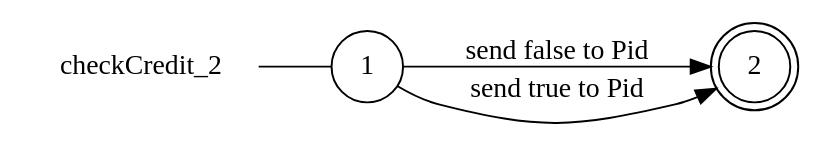
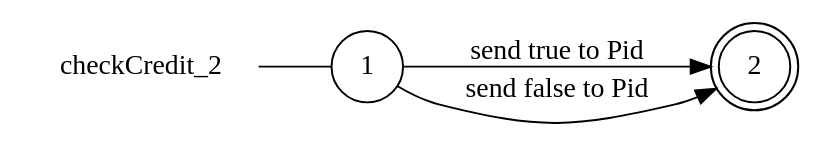
Before and after one commit to gabrielegenovese/chorer: the diagram in examples/cauder_suite/purchase/checkCredit_2_local_view.dot, drawn with Graphviz. The commit also changed other lines of this file and 6 other files, not shown here.

```diff
--- a/examples/cauder_suite/purchase/checkCredit_2_local_view.dot
+++ b/examples/cauder_suite/purchase/checkCredit_2_local_view.dot
@@ -1,10 +1,10 @@
 digraph checkCredit_2 {
 	rankdir="LR";
 	n_0 [label="checkCredit_2", shape="plaintext"];
 	n_1 [id="1", shape=circle, label="1"];
 	n_0 -> n_1 [arrowhead=none];
 	n_2 [id="2", shape=doublecircle, label="2"];
 
+	n_1 -> n_2 [id="[$e|1]", label="send true to Pid"];
 	n_1 -> n_2 [id="[$e|2]", label="send false to Pid"];
-	n_1 -> n_2 [id="[$e|1]", label="send true to Pid"];
 }
```
